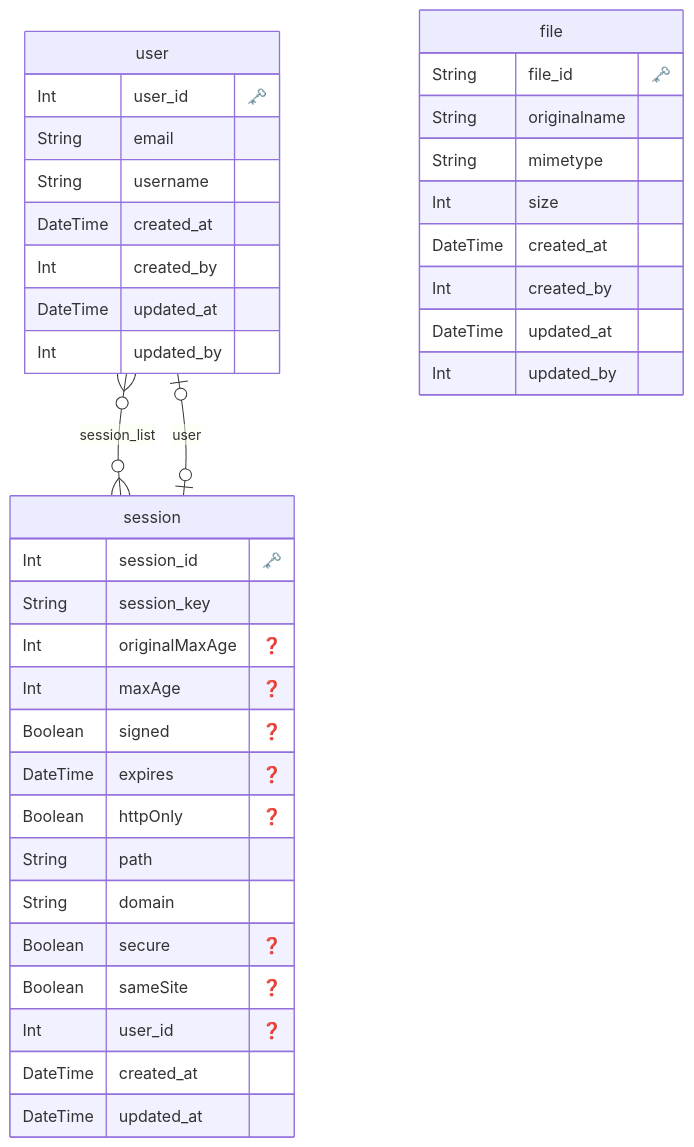
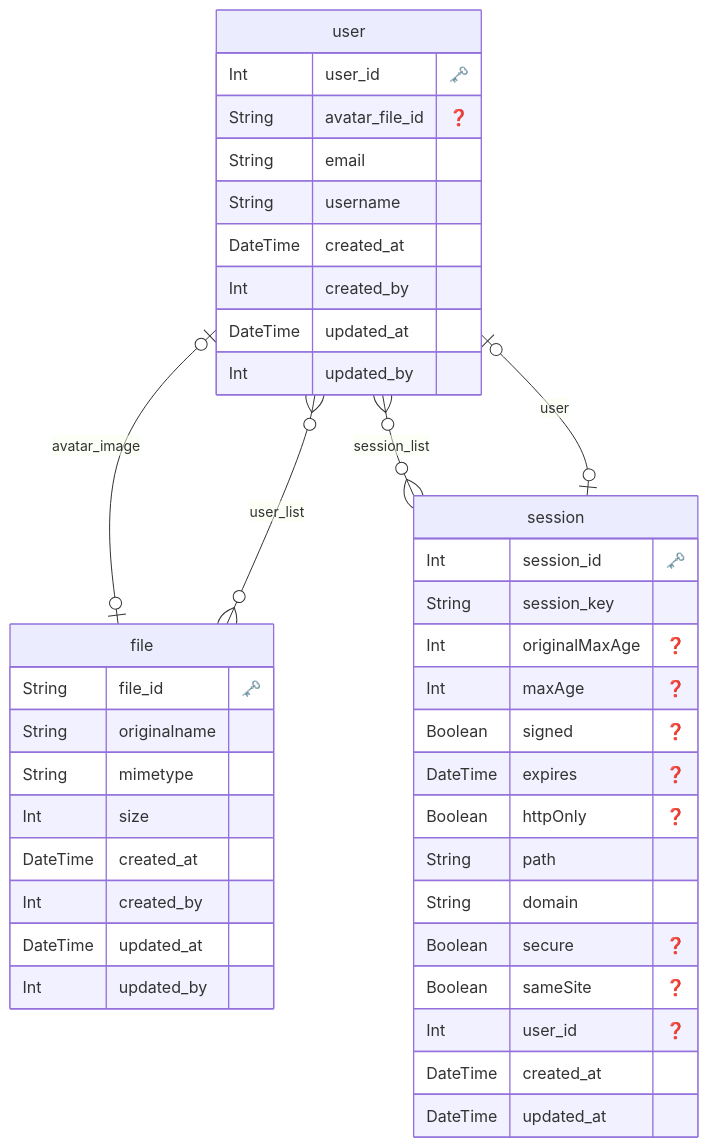
Before and after one commit to oktntko/book-share: the diagram in book-share-express/prisma/ERD.md, drawn with Mermaid. The commit also changed 6 other files, not shown here.

````diff
--- a/book-share-express/prisma/ERD.md
+++ b/book-share-express/prisma/ERD.md
@@ -1,46 +1,49 @@
 ```mermaid
 erDiagram
 
   "user" {
     Int user_id "🗝️"
+    String avatar_file_id "❓"
     String email 
     String username 
     DateTime created_at 
     Int created_by 
     DateTime updated_at 
     Int updated_by 
     }
   
 
   "session" {
     Int session_id "🗝️"
     String session_key 
     Int originalMaxAge "❓"
     Int maxAge "❓"
     Boolean signed "❓"
     DateTime expires "❓"
     Boolean httpOnly "❓"
     String path 
     String domain 
     Boolean secure "❓"
     Boolean sameSite "❓"
     Int user_id "❓"
     DateTime created_at 
     DateTime updated_at 
     }
   
 
   "file" {
     String file_id "🗝️"
     String originalname 
     String mimetype 
     Int size 
     DateTime created_at 
     Int created_by 
     DateTime updated_at 
     Int updated_by 
     }
   
+    "user" o|--|o "file" : "avatar_image"
     "user" o{--}o "session" : "session_list"
     "session" o|--|o "user" : "user"
+    "file" o{--}o "user" : "user_list"
 ```
````
